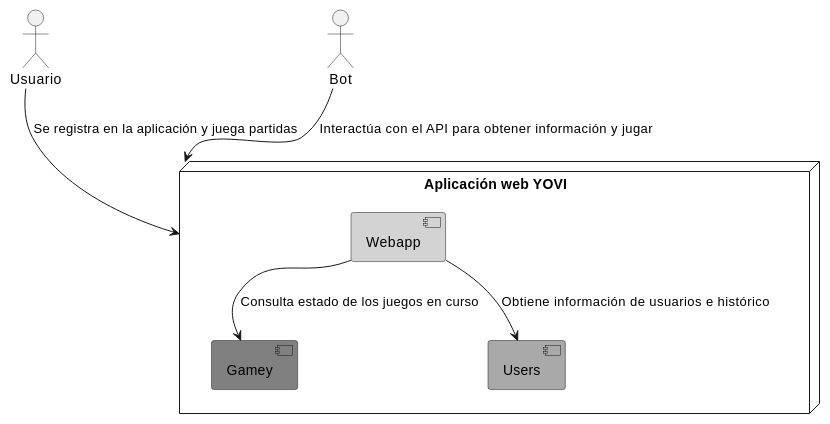
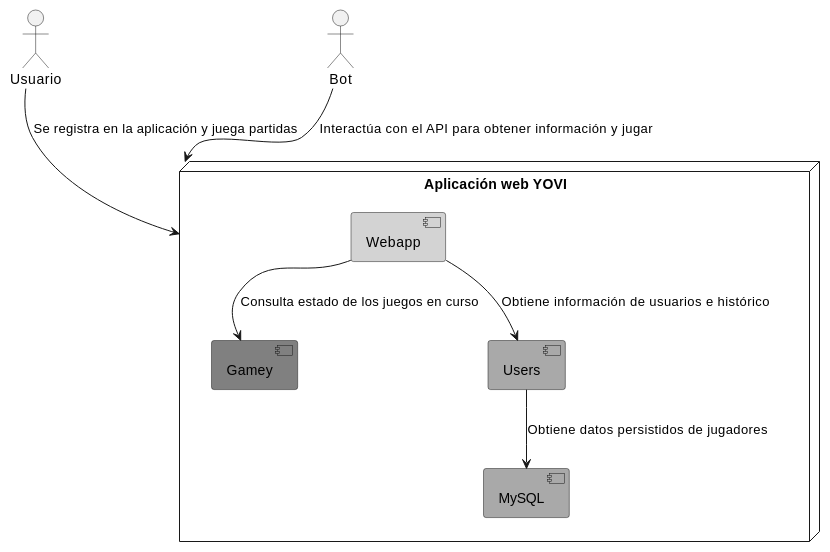
One commit to Arquisoft/yovi_es5b changed the second of 4 diagrams in docs/src/05_building_block_view.adoc. Above: the diagram before and after it, drawn with PlantUML. The commit also changed other lines of this file, not shown here.

First line of the commit message:
docs: 05: añadir BD en diagramas (#69)

```diff
--- a/docs/src/05_building_block_view.adoc
+++ b/docs/src/05_building_block_view.adoc
@@ -150,19 +150,21 @@
 [plantuml,"vista-bloques-2-yovi",png]
 ----
 @startuml
 actor Usuario
 actor Bot
 
 node "Aplicación web YOVI" as yovi {
     component Gamey #Gray
     component Webapp #LightGray
     component Users #DarkGray
+    component MySQL #DarkGray
 }
 
 Usuario --> yovi : "Se registra en la aplicación y juega partidas"
 Bot --> yovi : "Interactúa con el API para obtener información y jugar"
 Webapp --> Users : "Obtiene información de usuarios e histórico"
 Webapp --> Gamey : "Consulta estado de los juegos en curso"
+Users --> MySQL : "Obtiene datos persistidos de jugadores"
 
 @enduml
 ----
```
